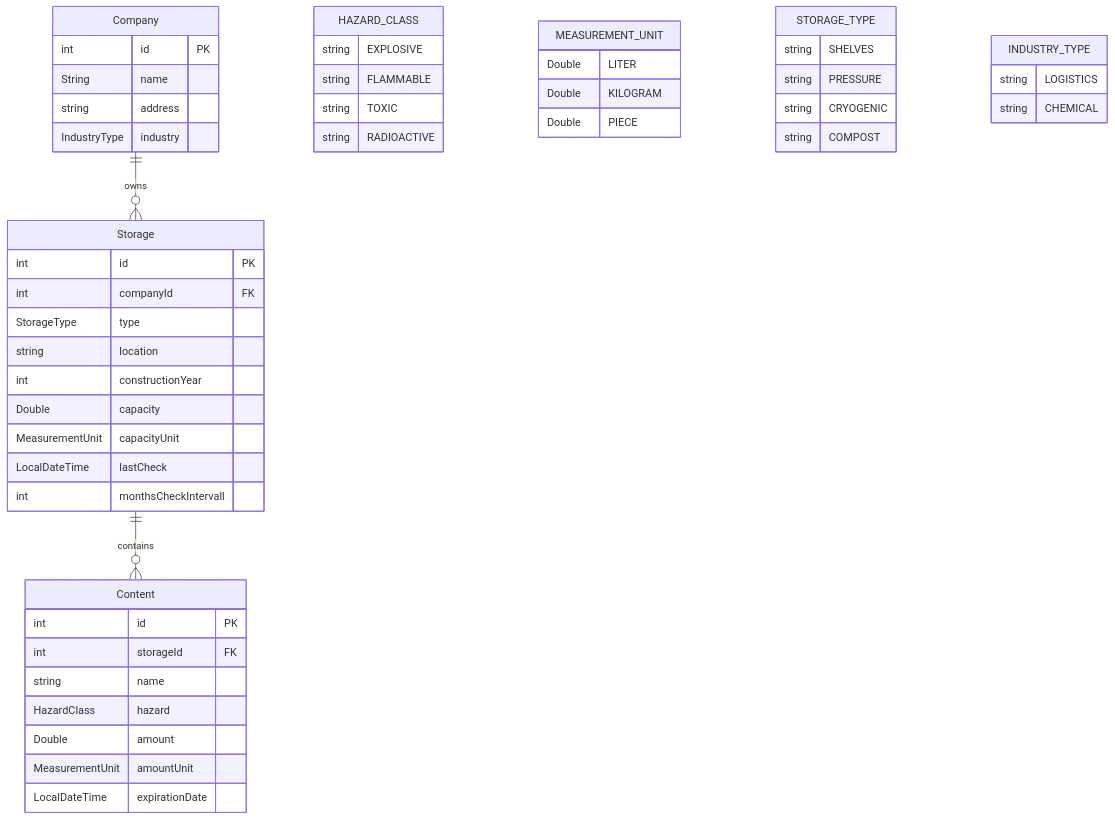
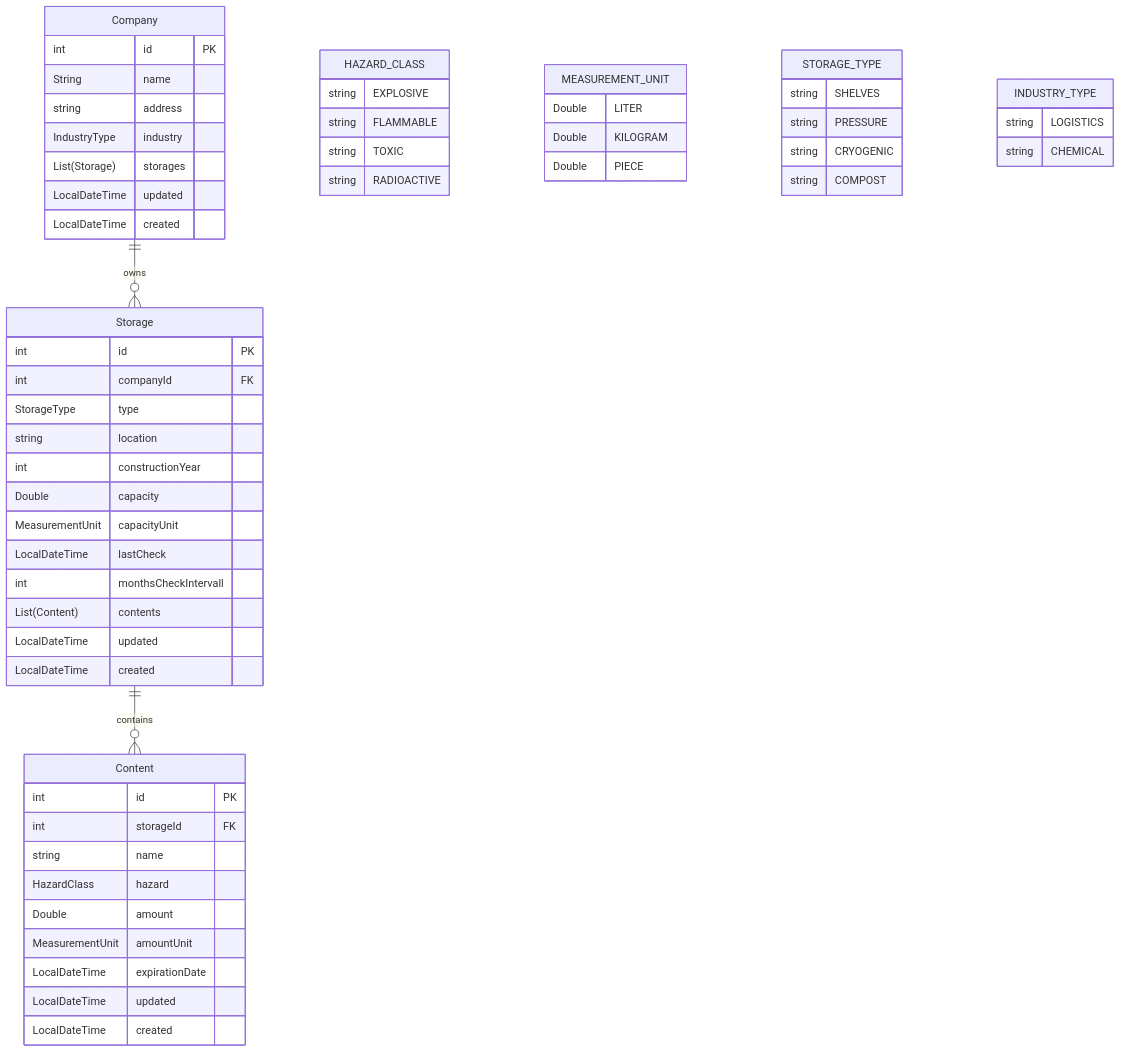
The diagram in docs/01_entity_relationship.mmd (mgudux/hazmat-storage), drawn with Mermaid before and after one commit. The commit also changed 5 other files, not shown here.

```diff
--- a/docs/01_entity_relationship.mmd
+++ b/docs/01_entity_relationship.mmd
@@ -1,57 +1,68 @@
 erDiagram
     Company ||--o{ Storage : "owns"
     Storage ||--o{ Content : "contains"
 
     Company {
         int id PK
         String name
         string address
         IndustryType industry
+        List(Storage) storages
+        LocalDateTime updated
+        LocalDateTime created
+
     }
 
     Storage {
         int id PK
         int companyId FK
         StorageType type
         string location
         int constructionYear
         Double capacity
         MeasurementUnit capacityUnit
         LocalDateTime lastCheck
         int monthsCheckIntervall
+        List(Content) contents
+        LocalDateTime updated
+        LocalDateTime created
+
     }
 
     Content {
         int id PK
         int storageId FK
         string name
         HazardClass hazard
         Double amount
         MeasurementUnit amountUnit
         LocalDateTime expirationDate
+        LocalDateTime updated
+        LocalDateTime created
+
     }
 
     HAZARD_CLASS {
         string EXPLOSIVE
         string FLAMMABLE
         string TOXIC
         string RADIOACTIVE
     }
 
     MEASUREMENT_UNIT {
         Double LITER
         Double KILOGRAM
         Double PIECE
     }
 
     STORAGE_TYPE {
         string SHELVES
         string PRESSURE
         string CRYOGENIC
         string COMPOST
     }
 
     INDUSTRY_TYPE {
         string LOGISTICS
         string CHEMICAL
     }
```
